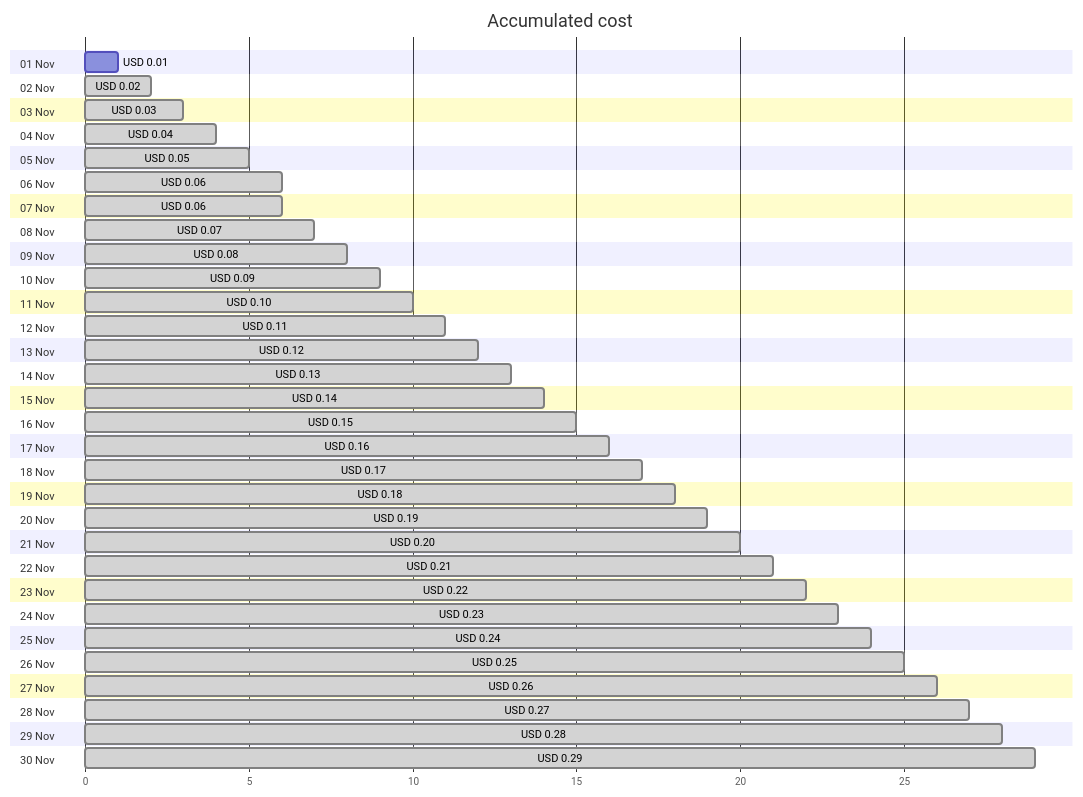
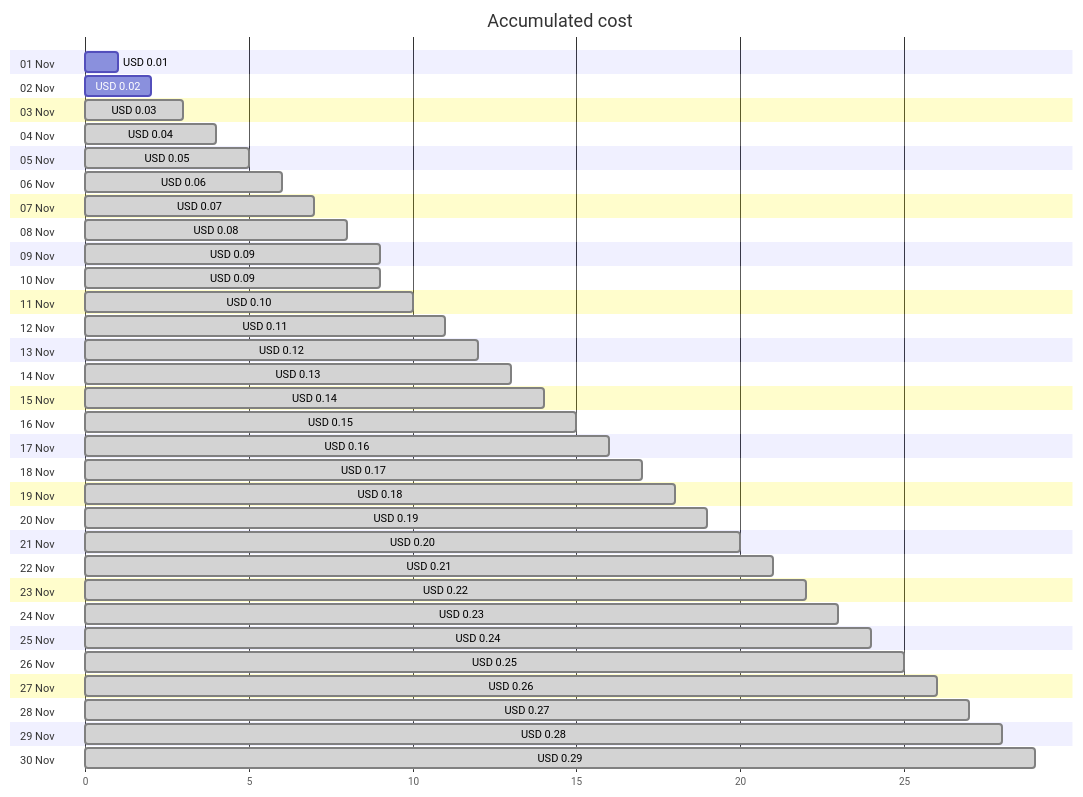
One commit to jpfulton/azure-personal-reports changed the first of 4 diagrams in cost-reports/cloud-shell-storage-eastus/README.md. Above: the diagram before and after it, drawn with Mermaid. The commit also changed other lines of this file and 1 other file, not shown here.

````diff
--- a/cost-reports/cloud-shell-storage-eastus/README.md
+++ b/cost-reports/cloud-shell-storage-eastus/README.md
@@ -20,66 +20,66 @@
 ```mermaid
 gantt
    title Accumulated cost
    dateFormat  X
    axisFormat %s
    section 01 Nov
    USD 0.01 :0, 1
    section 02 Nov
-   USD 0.02 : done, 0, 2
+   USD 0.02 :0, 2
    section 03 Nov
    USD 0.03 : done, 0, 3
    section 04 Nov
    USD 0.04 : done, 0, 4
    section 05 Nov
    USD 0.05 : done, 0, 5
    section 06 Nov
    USD 0.06 : done, 0, 6
    section 07 Nov
-   USD 0.06 : done, 0, 6
+   USD 0.07 : done, 0, 7
    section 08 Nov
-   USD 0.07 : done, 0, 7
+   USD 0.08 : done, 0, 8
    section 09 Nov
-   USD 0.08 : done, 0, 8
+   USD 0.09 : done, 0, 9
    section 10 Nov
    USD 0.09 : done, 0, 9
    section 11 Nov
    USD 0.10 : done, 0, 10
    section 12 Nov
    USD 0.11 : done, 0, 11
    section 13 Nov
    USD 0.12 : done, 0, 12
    section 14 Nov
    USD 0.13 : done, 0, 13
    section 15 Nov
    USD 0.14 : done, 0, 14
    section 16 Nov
    USD 0.15 : done, 0, 15
    section 17 Nov
    USD 0.16 : done, 0, 16
    section 18 Nov
    USD 0.17 : done, 0, 17
    section 19 Nov
    USD 0.18 : done, 0, 18
    section 20 Nov
    USD 0.19 : done, 0, 19
    section 21 Nov
    USD 0.20 : done, 0, 20
    section 22 Nov
    USD 0.21 : done, 0, 21
    section 23 Nov
    USD 0.22 : done, 0, 22
    section 24 Nov
    USD 0.23 : done, 0, 23
    section 25 Nov
    USD 0.24 : done, 0, 24
    section 26 Nov
    USD 0.25 : done, 0, 25
    section 27 Nov
    USD 0.26 : done, 0, 26
    section 28 Nov
    USD 0.27 : done, 0, 27
    section 29 Nov
    USD 0.28 : done, 0, 28
    section 30 Nov
    USD 0.29 : done, 0, 29
 ```
````
